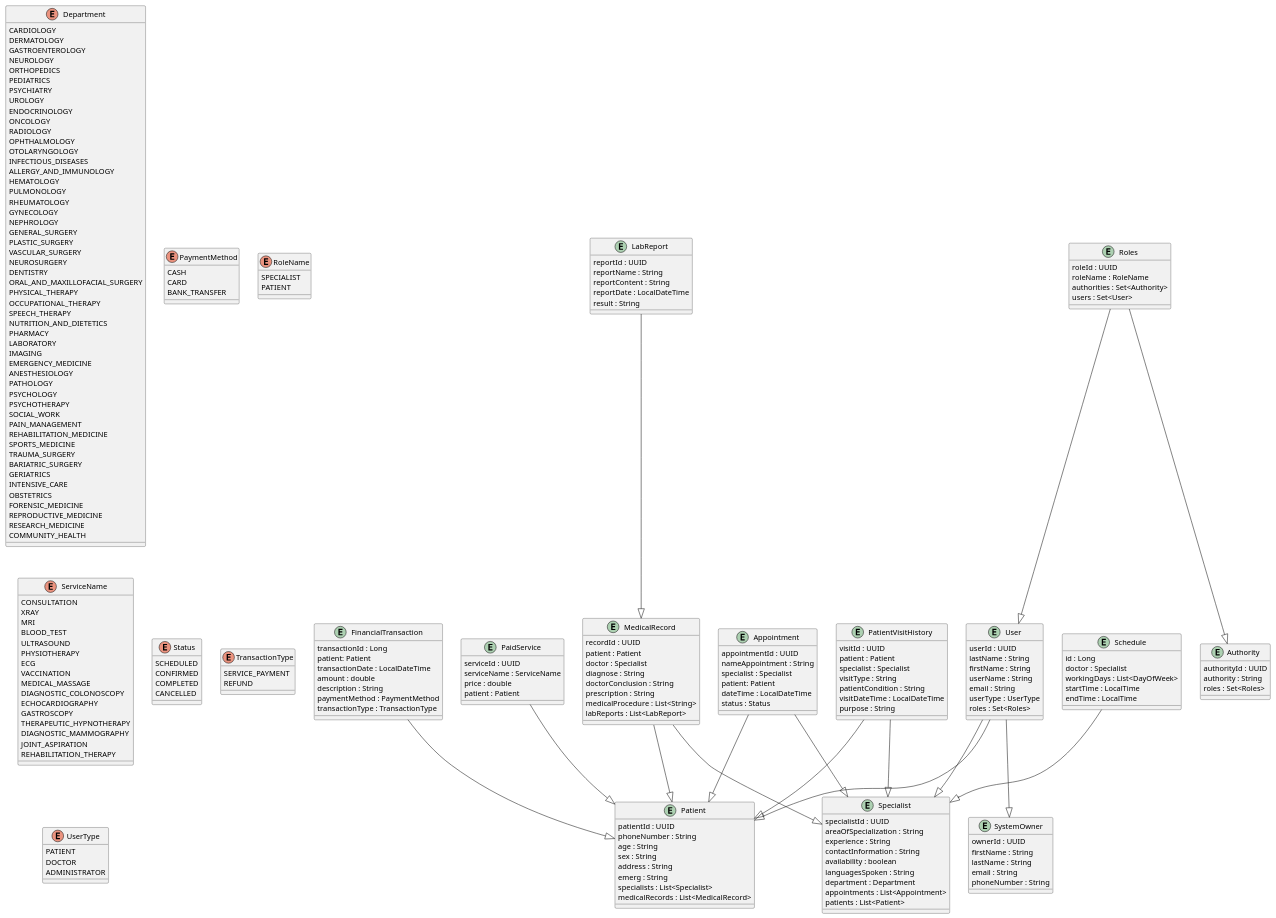
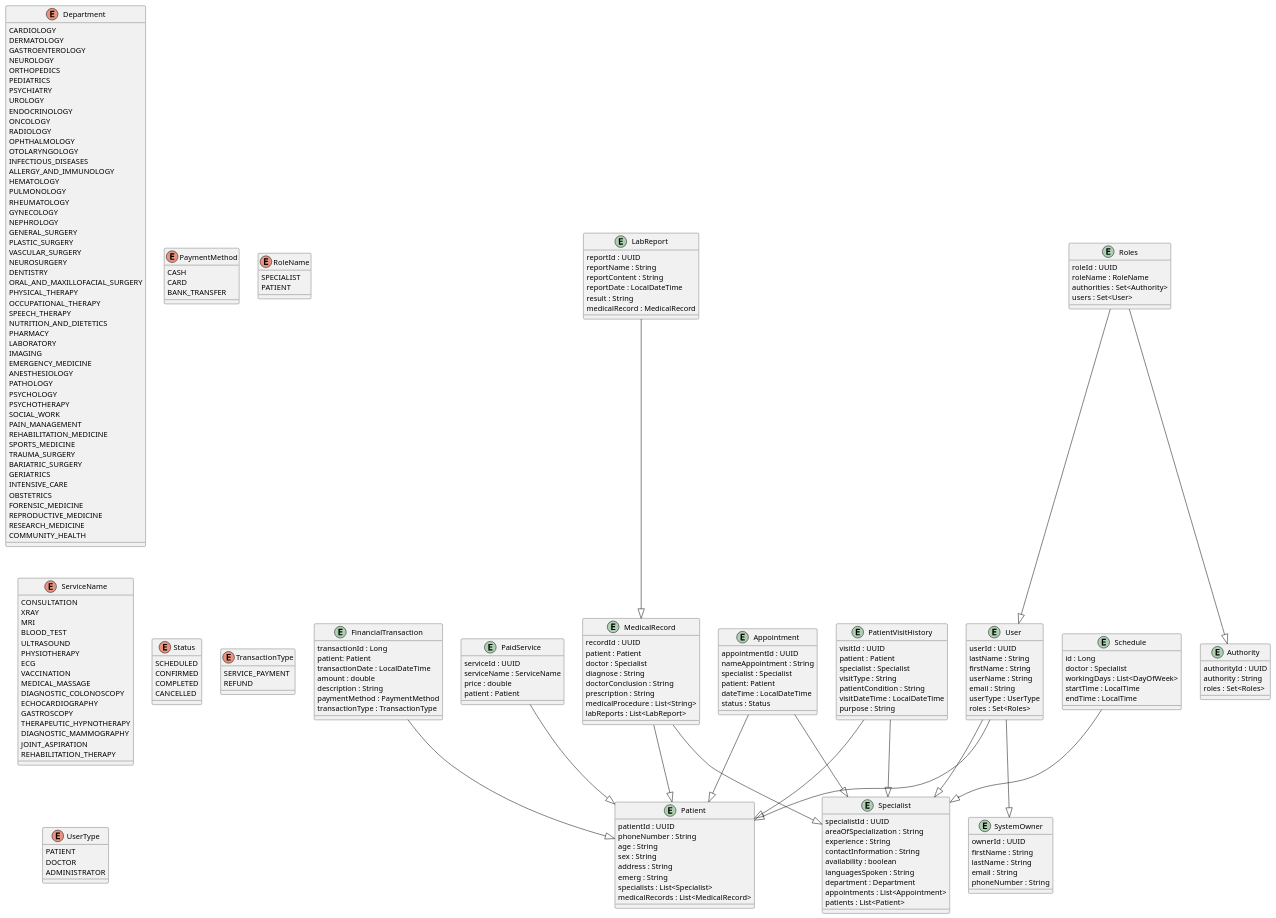
The diagram in clinicservice.puml (Natallia9/ClinicService), drawn with PlantUML before and after one commit. The commit also changed 37 other files, not shown here.

```diff
--- a/clinicservice.puml
+++ b/clinicservice.puml
@@ -133,6 +133,7 @@
     reportContent : String
     reportDate : LocalDateTime
     result : String
+    medicalRecord : MedicalRecord
 }
 
 entity MedicalRecord {
```
